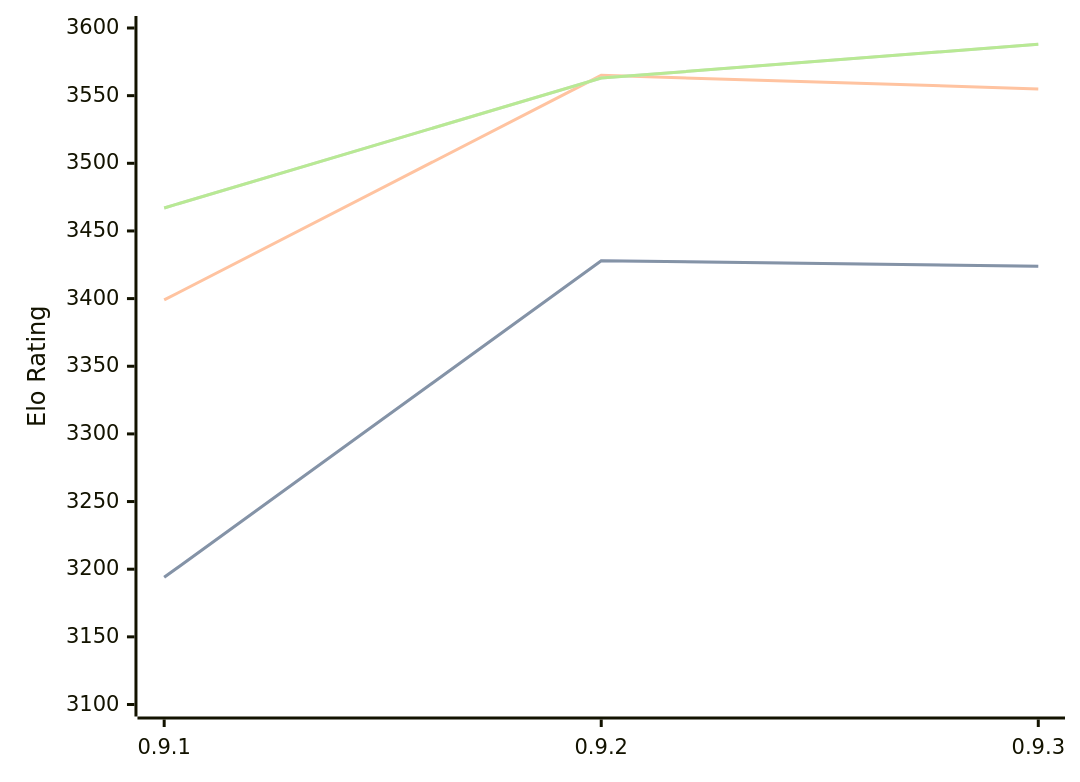
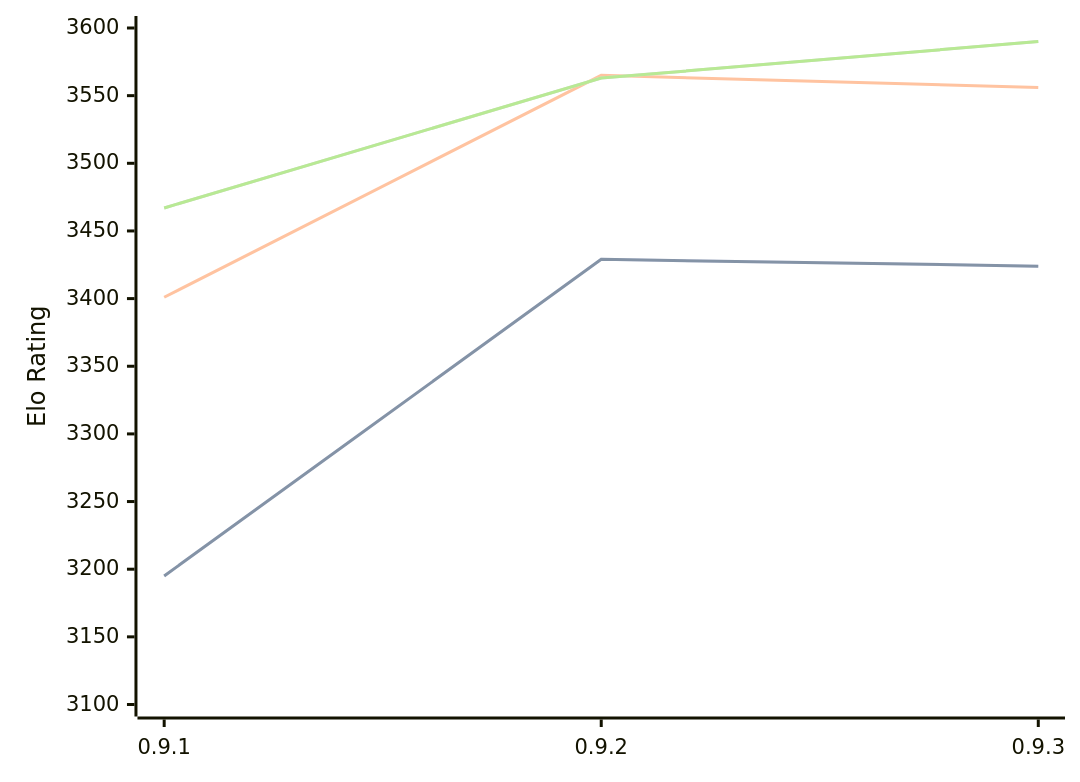
The diagram in engines/Coda.md (computer-chess-index/cci), drawn with Mermaid before and after one commit. The commit also changed other lines of this file, not shown here.

Commit message:
Update CCI Ratings (ELO VLTC) - 2026-08-21

````diff
--- a/engines/Coda.md
+++ b/engines/Coda.md
@@ -33,11 +33,11 @@
 ```mermaid
 %%{init: {"theme":"base","themeVariables":{"seriesColors:['#a3a3a3','#222221','#faa371']}}}%%
 xychart-beta
   x-axis ["0.9.1", "0.9.2", "0.9.3"]
   y-axis "Elo Rating" 3100 --> 3600
-  line "STC (8.0+0.08s)" [3194, 3428, 3424]
-  line "STC (8.0+0.08s)" [3194, 3428, 3424]
-  line "LTC (60.0+0.60s)" [3399, 3565, 3555]
-  line "VLTC (2m24s+1.12s)" [3467, 3563, 3588]
-  line "VLTC (2m24s+1.12s)" [3467, 3563, 3588]
+  line "STC (8.0+0.08s)" [3195, 3429, 3424]
+  line "STC (8.0+0.08s)" [3195, 3429, 3424]
+  line "LTC (60.0+0.60s)" [3401, 3565, 3556]
+  line "VLTC (2m24s+1.12s)" [3467, 3563, 3590]
+  line "VLTC (2m24s+1.12s)" [3467, 3563, 3590]
 ```
````
